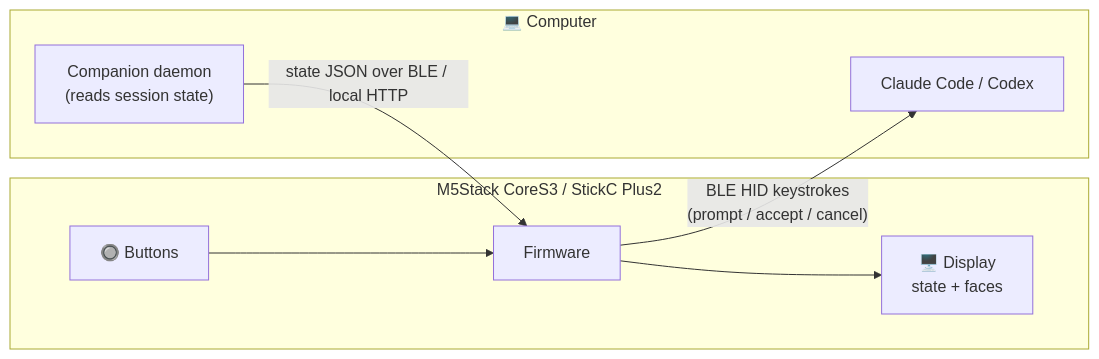
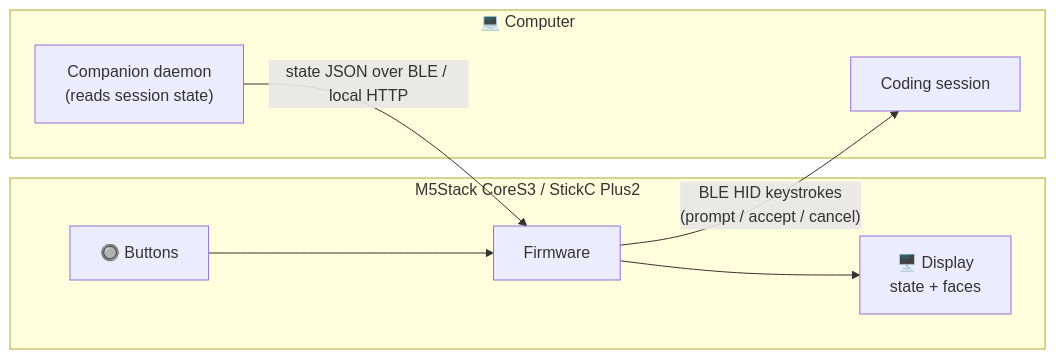
Before and after one commit to bjadda/TORDEN-familylab: the third of 6 diagrams in README.md, drawn with Mermaid. The commit also changed other lines of this file and 5 other files, not shown here.

````diff
--- a/README.md
+++ b/README.md
@@ -72,13 +117,13 @@
 ```mermaid
 flowchart LR
     subgraph M5["M5Stack CoreS3 / StickC Plus2"]
         BTN["🔘 Buttons"] --> FW["Firmware"]
         FW --> DISP["🖥️ Display<br/>state + faces"]
     end
     subgraph PC["💻 Computer"]
-        CC["Claude Code / Codex"]
+        CC["Coding session"]
         DAEMON["Companion daemon<br/>(reads session state)"]
     end
     FW -- "BLE HID keystrokes<br/>(prompt / accept / cancel)" --> CC
     DAEMON -- "state JSON over BLE / local HTTP" --> FW
 ```
````
